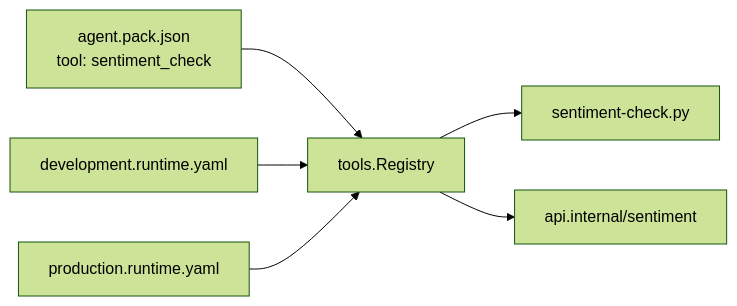
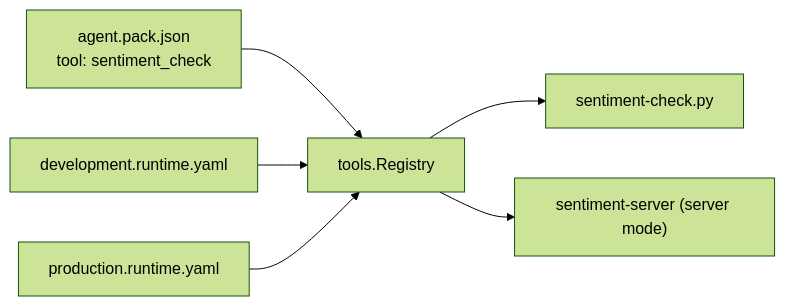
The diagram in docs/src/content/docs/sdk/explanation/runtime-config.md (AltairaLabs/PromptKit), drawn with Mermaid (forest theme) before and after one commit. The commit also changed other lines of this file and 2 other files, not shown here.

````diff
--- a/docs/src/content/docs/sdk/explanation/runtime-config.md
+++ b/docs/src/content/docs/sdk/explanation/runtime-config.md
@@ -59,8 +59,8 @@
 ```mermaid
 flowchart LR
     Pack["agent.pack.json<br/>tool: sentiment_check"] --> Registry["tools.Registry"]
     Dev["development.runtime.yaml"] --> Registry
     Prod["production.runtime.yaml"] --> Registry
     Registry --> Script["sentiment-check.py"]
-    Registry --> HTTP["api.internal/sentiment"]
+    Registry --> Server["sentiment-server (server mode)"]
 ```
````
